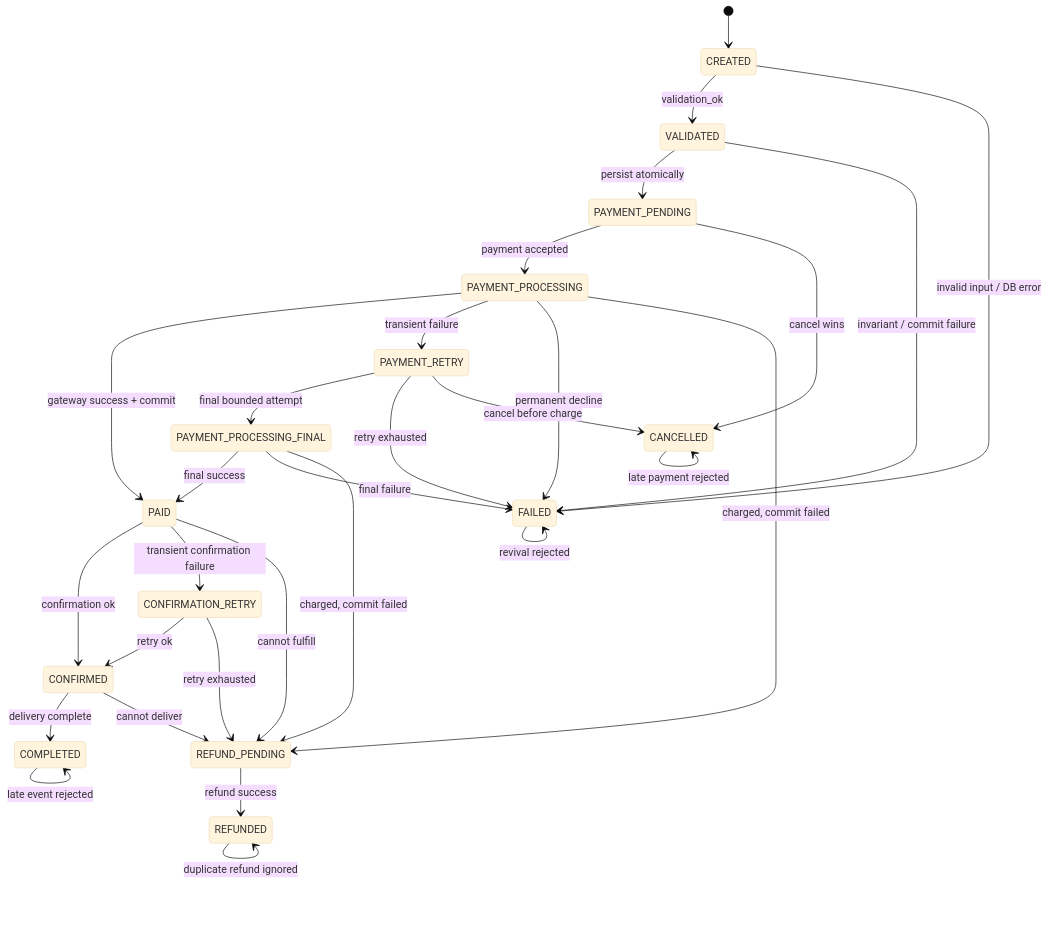
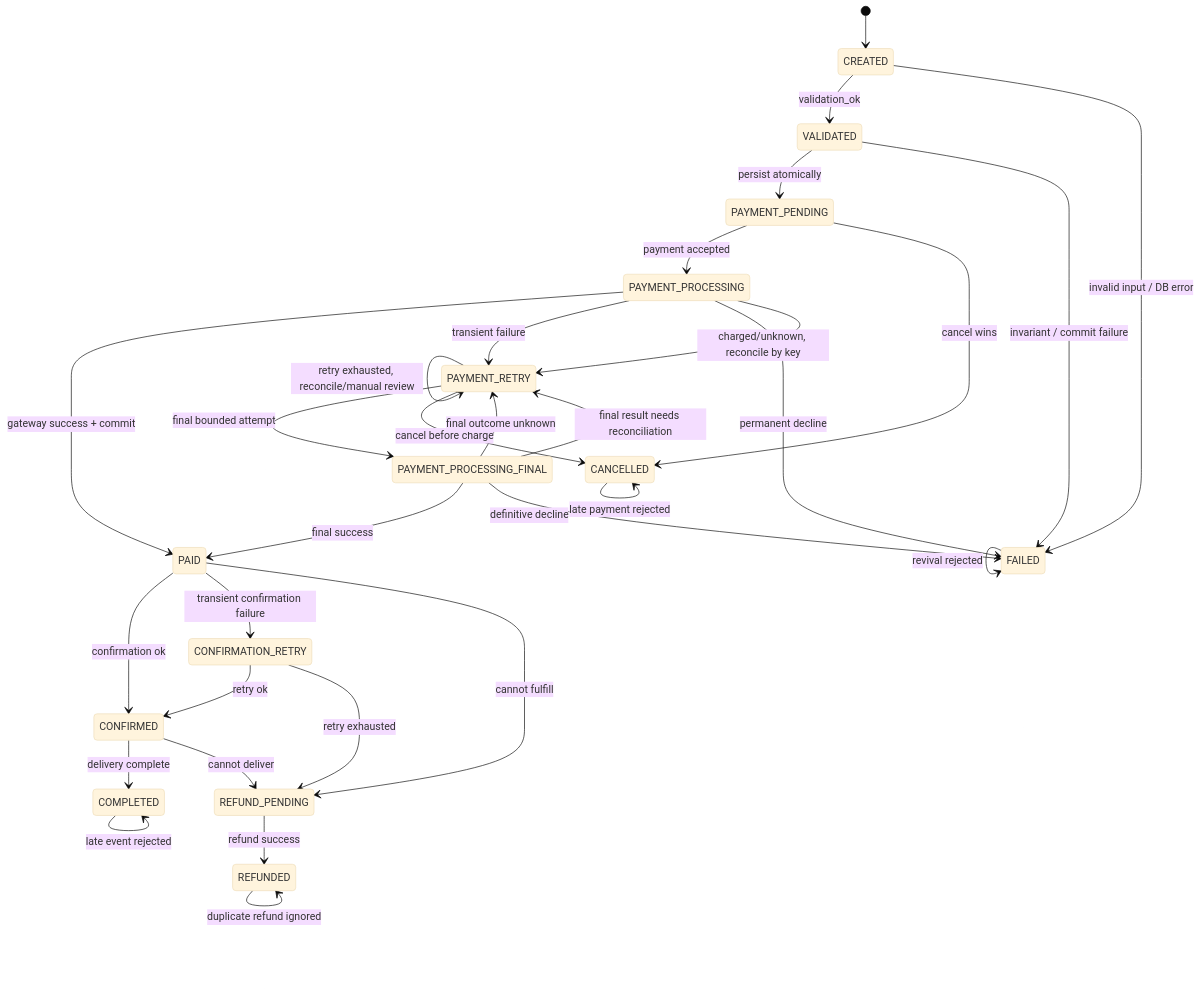
The diagram in security-analysis/MO_HINH_XU_LY_SU_CO.md (HoagnPham/OrderPaymentMicroservice), drawn with Mermaid (base theme) before and after one commit. The commit also changed other lines of this file and 8542 other files, not shown here.

````diff
--- a/security-analysis/MO_HINH_XU_LY_SU_CO.md
+++ b/security-analysis/MO_HINH_XU_LY_SU_CO.md
@@ -16,32 +16,33 @@
 ```mermaid
 stateDiagram-v2
     [*] --> CREATED
     CREATED --> VALIDATED: validation_ok
     CREATED --> FAILED: invalid input / DB error
     VALIDATED --> PAYMENT_PENDING: persist atomically
     VALIDATED --> FAILED: invariant / commit failure
     PAYMENT_PENDING --> PAYMENT_PROCESSING: payment accepted
     PAYMENT_PENDING --> CANCELLED: cancel wins
     PAYMENT_PROCESSING --> PAID: gateway success + commit
     PAYMENT_PROCESSING --> PAYMENT_RETRY: transient failure
     PAYMENT_PROCESSING --> FAILED: permanent decline
-    PAYMENT_PROCESSING --> REFUND_PENDING: charged, commit failed
+    PAYMENT_PROCESSING --> PAYMENT_RETRY: charged/unknown, reconcile by key
     PAYMENT_RETRY --> PAYMENT_PROCESSING_FINAL: final bounded attempt
-    PAYMENT_RETRY --> FAILED: retry exhausted
+    PAYMENT_RETRY --> PAYMENT_RETRY: retry exhausted, reconcile/manual review
     PAYMENT_RETRY --> CANCELLED: cancel before charge
     PAYMENT_PROCESSING_FINAL --> PAID: final success
-    PAYMENT_PROCESSING_FINAL --> FAILED: final failure
-    PAYMENT_PROCESSING_FINAL --> REFUND_PENDING: charged, commit failed
+    PAYMENT_PROCESSING_FINAL --> FAILED: definitive decline
+    PAYMENT_PROCESSING_FINAL --> PAYMENT_RETRY: final outcome unknown
+    PAYMENT_PROCESSING_FINAL --> PAYMENT_RETRY: final result needs reconciliation
     PAID --> CONFIRMED: confirmation ok
     PAID --> CONFIRMATION_RETRY: transient confirmation failure
     PAID --> REFUND_PENDING: cannot fulfill
     CONFIRMATION_RETRY --> CONFIRMED: retry ok
     CONFIRMATION_RETRY --> REFUND_PENDING: retry exhausted
     CONFIRMED --> COMPLETED: delivery complete
     CONFIRMED --> REFUND_PENDING: cannot deliver
     REFUND_PENDING --> REFUNDED: refund success
     COMPLETED --> COMPLETED: late event rejected
     CANCELLED --> CANCELLED: late payment rejected
     FAILED --> FAILED: revival rejected
     REFUNDED --> REFUNDED: duplicate refund ignored
 ```
````
